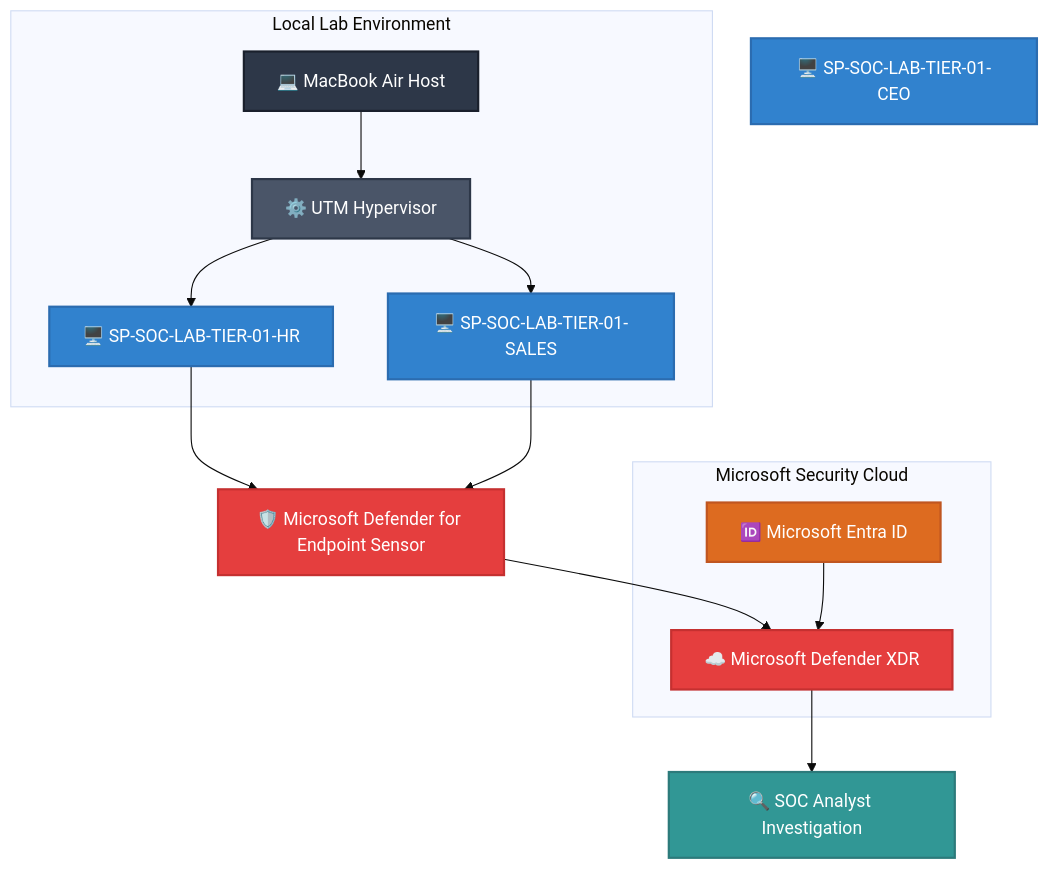
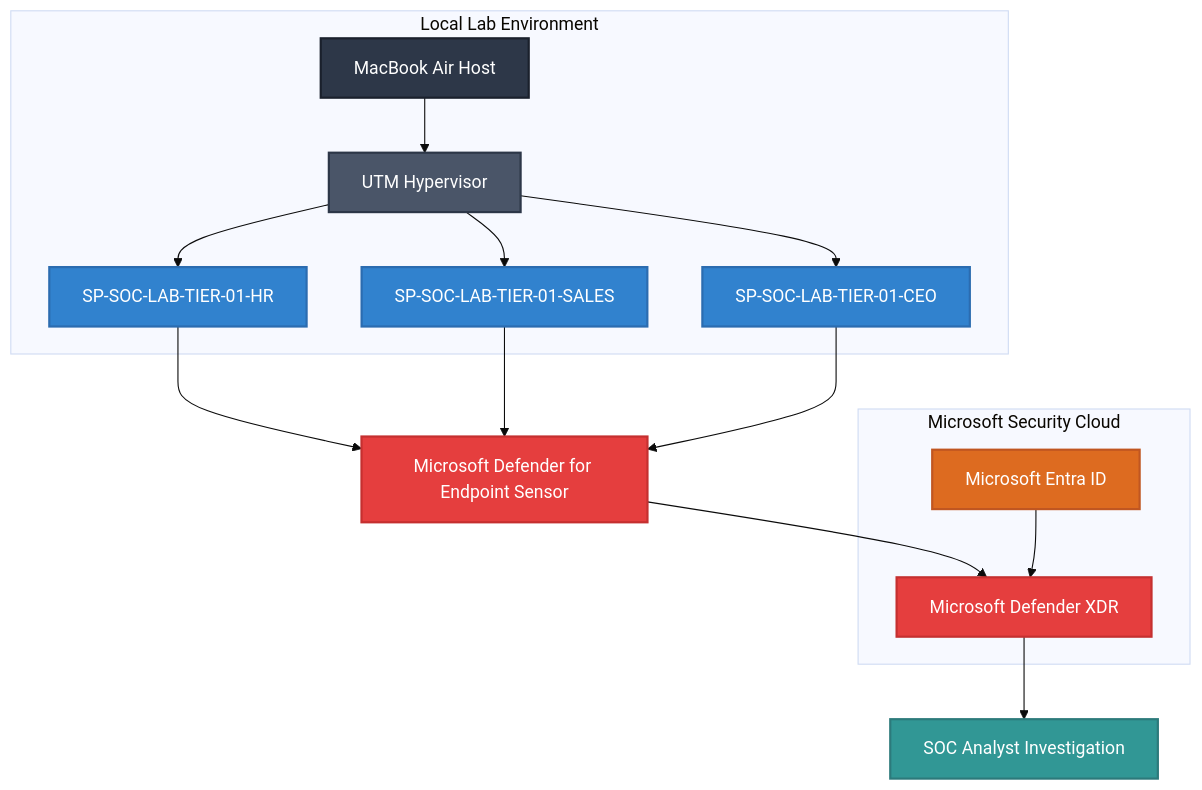
The diagram in README.md (sachinpatil-soc/Enterprise-Microsoft-Defender-XDR-Lab), drawn with Mermaid (base theme) before and after one commit. The commit also changed other lines of this file, not shown here.

Commit message:
Revise architecture diagram in README
Updated the architecture diagram in the README to include detailed connections and styling for components.

````diff
--- a/README.md
+++ b/README.md
@@ -14,43 +13,63 @@
- ``` mermaid
+``` Mermaid
+
 graph TD
-    %% Styles
+    A[MacBook Air Host]
+    B[UTM Hypervisor]
+    C1[SP-SOC-LAB-TIER-01-HR]
+    C2[SP-SOC-LAB-TIER-01-SALES]
+    C3[SP-SOC-LAB-TIER-01-CEO]
+    D[Microsoft Defender for Endpoint Sensor]
+    E[Microsoft Defender XDR]
+    F[Microsoft Entra ID]
+    G[SOC Analyst Investigation]
+
+    %% Core Infrastructure Connections
+    A --> B
+    
+    %% Hypervisor Connected to all 3 VMs
+    B --> C1
+    B --> C2
+    B --> C3
+
+    %% Telemetry to Defender
+    C1 --> D
+    C2 --> D
+    C3 --> D
+    D --> E
+    F --> E
+    E --> G
+
+    %% Containers
+    subgraph Local_Lab["Local Lab Environment"]
+        A
+        B
+        C1
+        C2
+        C3
+    end
+
+    subgraph Microsoft_Cloud["Microsoft Security Cloud"]
+        E
+        F
+    end
+
+    %% Styles Definition
     classDef host fill:#2d3748,stroke:#1a202c,stroke-width:2px,color:#fff;
     classDef hyper fill:#4a5568,stroke:#2d3748,stroke-width:2px,color:#fff;
     classDef endpoint fill:#3182ce,stroke:#2b6cb0,stroke-width:2px,color:#fff;
     classDef security fill:#e53e3e,stroke:#c53030,stroke-width:2px,color:#fff;
     classDef identity fill:#dd6b20,stroke:#c05621,stroke-width:2px,color:#fff;
     classDef soc fill:#319795,stroke:#2c7a7b,stroke-width:2px,color:#fff;
 
-    A[💻 MacBook Air Host]:::host
-    B[⚙️ UTM Hypervisor]:::hyper
-    C1[🖥️ SP-SOC-LAB-TIER-01-HR]:::endpoint
-    C2[🖥️ SP-SOC-LAB-TIER-01-SALES]:::endpoint
-    C3[🖥️ SP-SOC-LAB-TIER-01-CEO]:::endpoint
-    D[🛡️ Microsoft Defender for Endpoint Sensor]:::security
-    E[☁️ Microsoft Defender XDR]:::security
-    F[🆔 Microsoft Entra ID]:::identity
-    G[🔍 SOC Analyst Investigation]:::soc
+    %% Style Assignments
+    class A host;
+    class B hyper;
+    class C1,C2,C3 endpoint;
+    class D,E security;
+    class F identity;
+    class G soc;
 
-    A --> B
-    B --> C1
-    B --> C2
-    C1 --> D
-    C2 --> D
-    D --> E
-    F --> E
-    E --> G
 
-    subgraph Local_Lab["Local Lab Environment"]
-        A
-        B
-        C1
-        C2
-    end
-
-    subgraph Microsoft_Cloud["Microsoft Security Cloud"]
-        E
-        F
-    end
 
 
  ```
````
